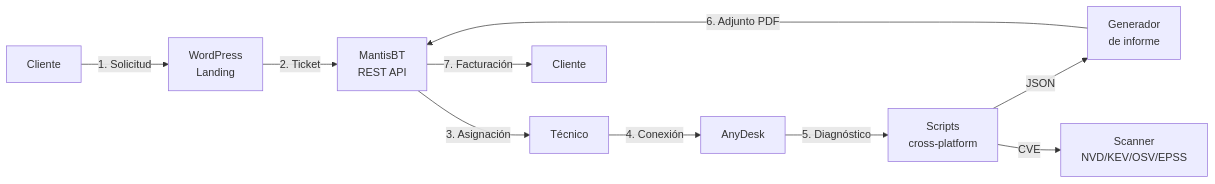
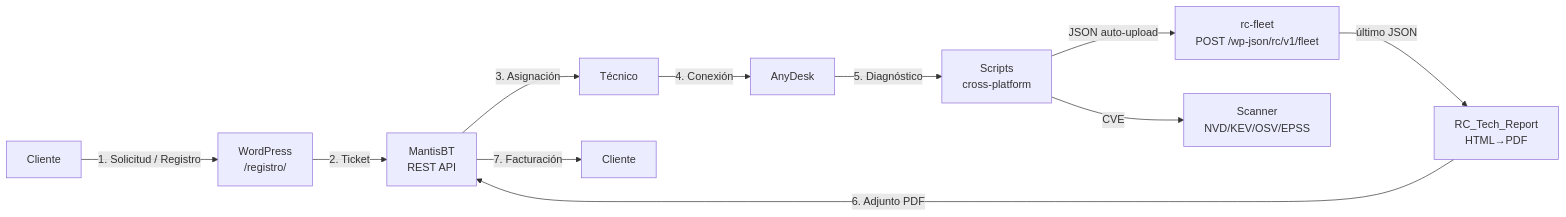
Before and after one commit to Haplee/ResolvCore: the diagram in docs/tecnica/flujo-sistema.md, drawn with Mermaid. The commit also changed other lines of this file and 15 other files, not shown here.

````diff
--- a/docs/tecnica/flujo-sistema.md
+++ b/docs/tecnica/flujo-sistema.md
@@ -11,12 +11,13 @@
 ```mermaid
 flowchart LR
-    A[Cliente] -->|1. Solicitud| B[WordPress<br/>Landing]
+    A[Cliente] -->|1. Solicitud / Registro| B[WordPress<br/>/registro/]
     B -->|2. Ticket| C[MantisBT<br/>REST API]
     C -->|3. Asignación| D[Técnico]
     D -->|4. Conexión| E[AnyDesk]
     E -->|5. Diagnóstico| F[Scripts<br/>cross-platform]
-    F -->|JSON| G[Generador<br/>de informe]
+    F -->|JSON auto-upload| J[rc-fleet<br/>POST /wp-json/rc/v1/fleet]
+    J -->|último JSON| G[RC_Tech_Report<br/>HTML→PDF]
     F -->|CVE| H[Scanner<br/>NVD/KEV/OSV/EPSS]
     G -->|6. Adjunto PDF| C
     C -->|7. Facturación| I[Cliente]
 ```
````
